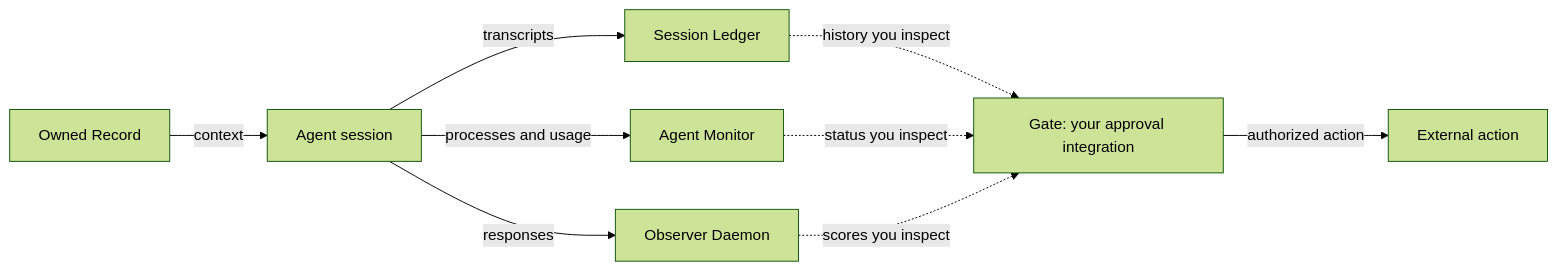
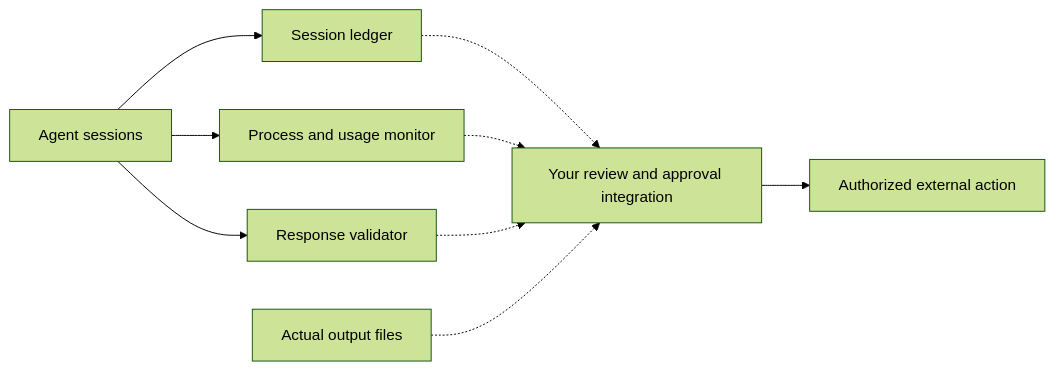
Before and after one commit to b2bvic/agent-oversight: the diagram in README.md, drawn with Mermaid (forest theme). The commit also changed other lines of this file and 7 other files, not shown here.

````diff
--- a/README.md
+++ b/README.md
@@ -13,11 +36,11 @@
 ```mermaid
 flowchart LR
-    Record[Owned Record] -->|context| Session[Agent session]
-    Session -->|transcripts| Ledger[Session Ledger]
-    Session -->|processes and usage| Monitor[Agent Monitor]
-    Session -->|responses| Observer[Observer Daemon]
-    Ledger -.->|history you inspect| Gate[Gate: your approval integration]
-    Monitor -.->|status you inspect| Gate
-    Observer -.->|scores you inspect| Gate
-    Gate -->|authorized action| Action[External action]
+    Session[Agent sessions] --> Ledger[Session ledger]
+    Session --> Monitor[Process and usage monitor]
+    Session --> Observer[Response validator]
+    Ledger -.-> Review[Your review and approval integration]
+    Monitor -.-> Review
+    Observer -.-> Review
+    Artifacts[Actual output files] -.-> Review
+    Review --> Action[Authorized external action]
 ```
````
